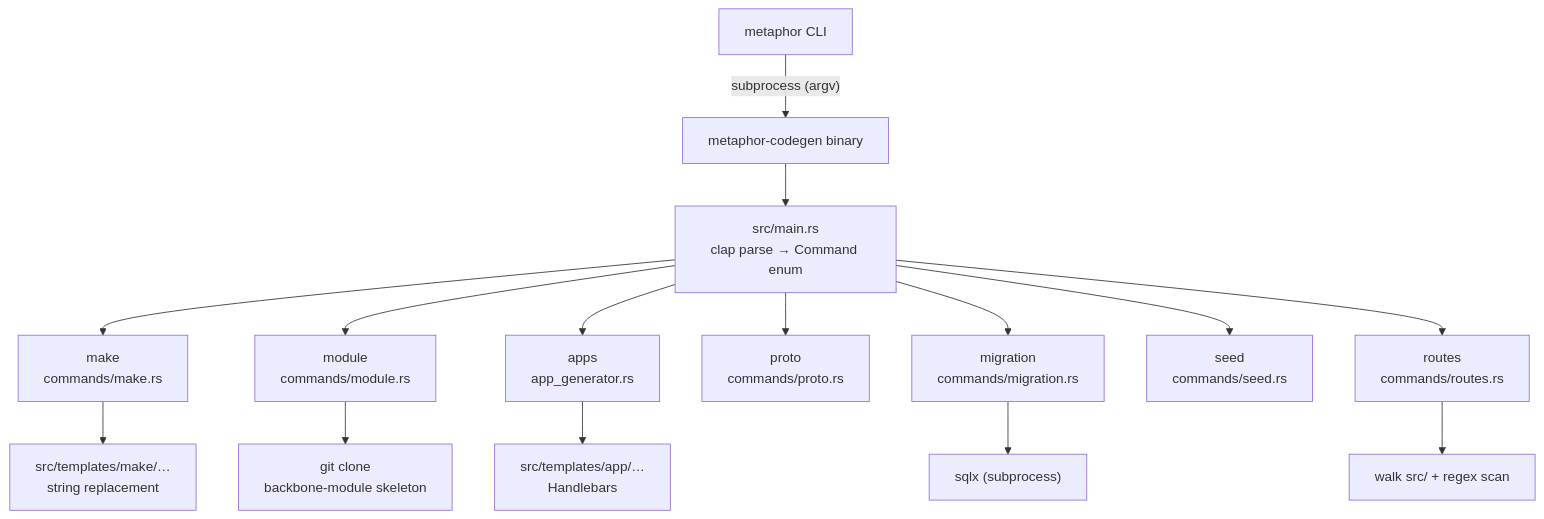
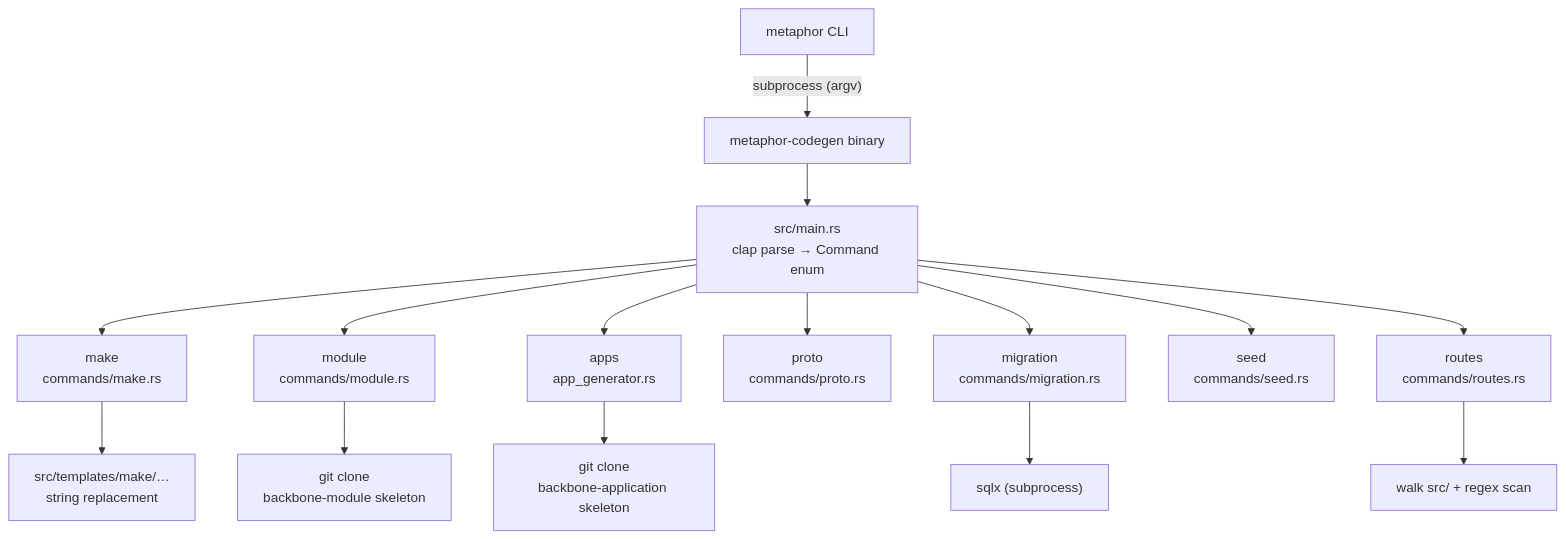
One commit to faridlab/metaphor-plugin-codegen changed the second of 3 diagrams in docs/maintainer-guide.md. Above: the diagram before and after it, drawn with Mermaid. The commit also changed other lines of this file and 5 other files, not shown here.

Commit message:
docs: reconcile docs and changelog with the apps skeleton-clone reality

````diff
--- a/docs/maintainer-guide.md
+++ b/docs/maintainer-guide.md
@@ -46,18 +47,18 @@
 ```mermaid
 flowchart TD
     CLI["metaphor CLI"] -- "subprocess (argv)" --> BIN["metaphor-codegen binary"]
     BIN --> MAIN["src/main.rs<br/>clap parse → Command enum"]
     MAIN --> MAKE["make<br/>commands/make.rs"]
     MAIN --> MOD["module<br/>commands/module.rs"]
     MAIN --> APPS["apps<br/>app_generator.rs"]
     MAIN --> PROTO["proto<br/>commands/proto.rs"]
     MAIN --> MIG["migration<br/>commands/migration.rs"]
     MAIN --> SEED["seed<br/>commands/seed.rs"]
     MAIN --> ROUTES["routes<br/>commands/routes.rs"]
 
     MAKE --> TPL["src/templates/make/…<br/>string replacement"]
     MOD --> SKEL["git clone<br/>backbone-module skeleton"]
-    APPS --> APPTPL["src/templates/app/…<br/>Handlebars"]
+    APPS --> APPSKEL["git clone<br/>backbone-application skeleton"]
     MIG --> SQLX["sqlx (subprocess)"]
     ROUTES --> SCAN["walk src/ + regex scan"]
 ```
````
